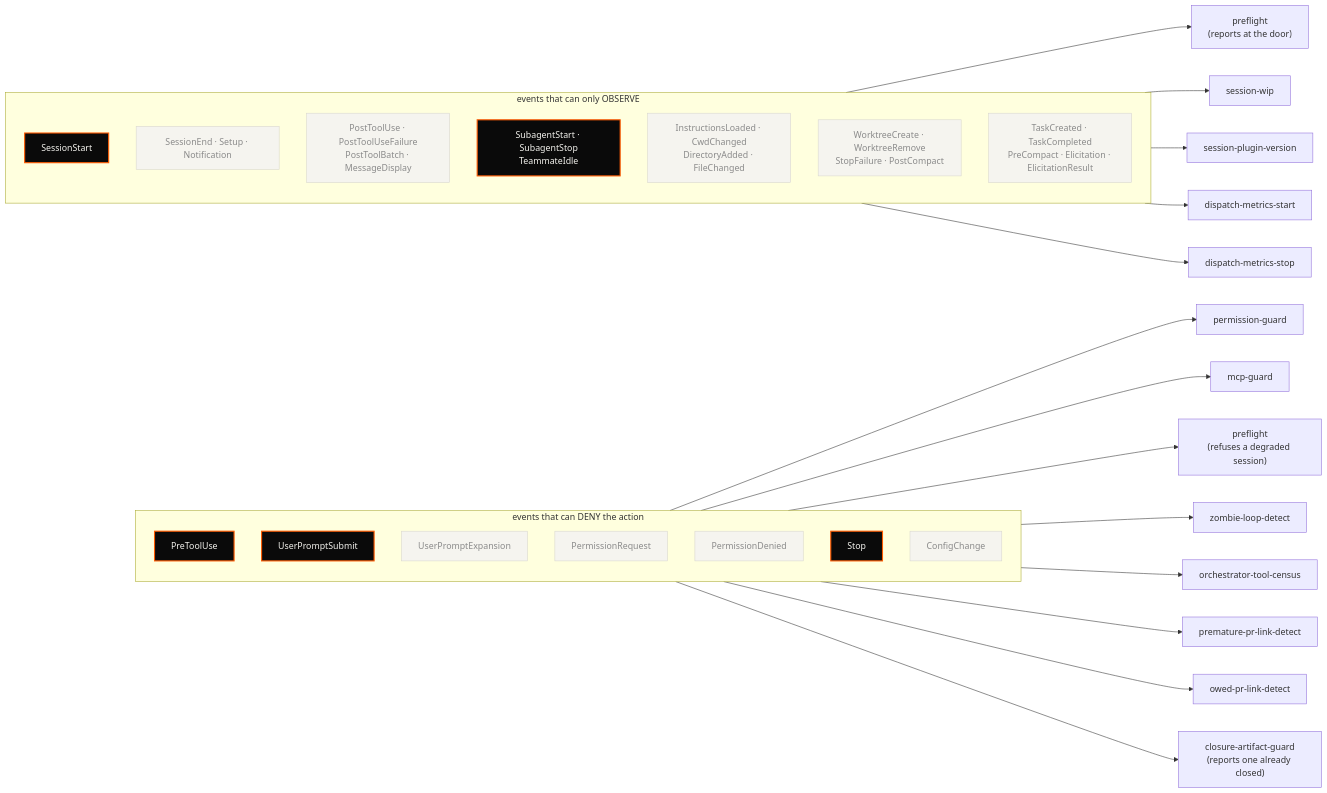
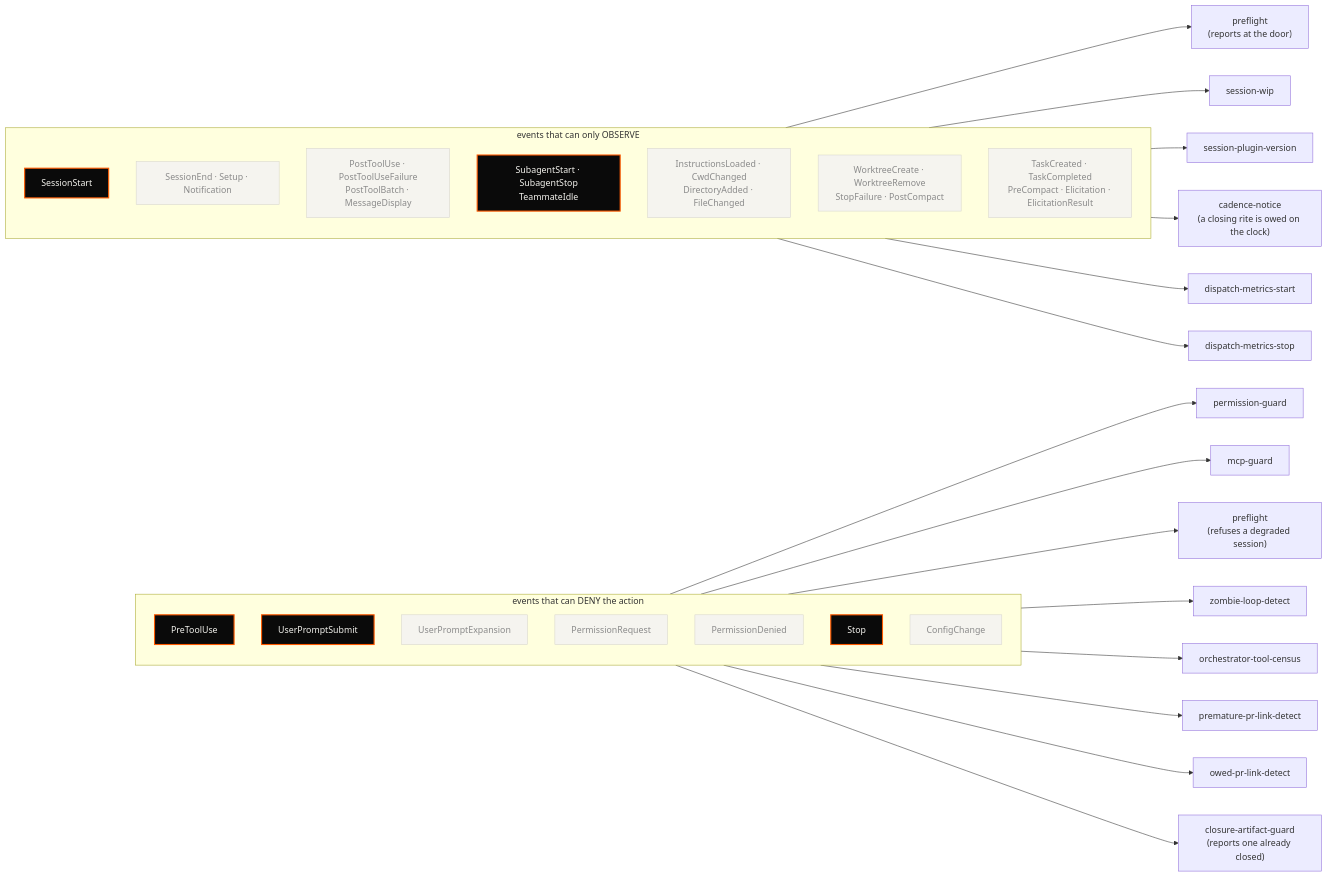
The fourth of 5 diagrams in README.md (tedeuxx/tadeumendonca-skills), drawn with Mermaid before and after one commit. The commit also changed other lines of this file and 7 other files, not shown here.

````diff
--- a/README.md
+++ b/README.md
@@ -1381,57 +1381,59 @@
 ```mermaid
 flowchart LR
   classDef used fill:#0A0A0A,color:#F5F4EF,stroke:#FF5A00,stroke-width:2px
   classDef idle fill:#F5F4EF,color:#8A8A8A,stroke:#D8D6CE
 
   subgraph BLOCK["events that can DENY the action"]
     direction TB
     E1["PreToolUse"]
     E2["UserPromptSubmit"]
     E3["UserPromptExpansion"]:::idle
     E4["PermissionRequest"]:::idle
     E5["PermissionDenied"]:::idle
     E6["Stop"]
     E7["ConfigChange"]:::idle
   end
 
   subgraph OBS["events that can only OBSERVE"]
     direction TB
     O1["SessionStart"]
     O2["SessionEnd · Setup · Notification"]:::idle
     O3["PostToolUse · PostToolUseFailure<br/>PostToolBatch · MessageDisplay"]:::idle
     O4["SubagentStart · SubagentStop<br/>TeammateIdle"]:::idle
     O5["InstructionsLoaded · CwdChanged<br/>DirectoryAdded · FileChanged"]:::idle
     O6["WorktreeCreate · WorktreeRemove<br/>StopFailure · PostCompact"]:::idle
     O7["TaskCreated · TaskCompleted<br/>PreCompact · Elicitation · ElicitationResult"]:::idle
   end
 
   H1["permission-guard"]
   H3["session-wip"]
   H4["session-plugin-version"]
+  H18["cadence-notice<br/>(a closing rite is owed on the clock)"]
   H5["dispatch-metrics-start"]
   H6["dispatch-metrics-stop"]
   H7["zombie-loop-detect"]
   H9["orchestrator-tool-census"]
   H10["premature-pr-link-detect"]
   H17["owed-pr-link-detect"]
   H13["closure-artifact-guard<br/>(reports one already closed)"]
   H14["preflight<br/>(refuses a degraded session)"]
   H15["preflight<br/>(reports at the door)"]
   H16["mcp-guard"]
 
   E1 --> H1
   E1 --> H16
   E2 --> H14
   O1 --> H15
   O1 --> H3
   O1 --> H4
+  O1 --> H18
   O4 --> H5
   O4 --> H6
   E6 --> H7
   E6 --> H9
   E6 --> H10
   E6 --> H17
   E6 --> H13
 
   class E1,E2,O1,O4,E6 used
 ```
````
